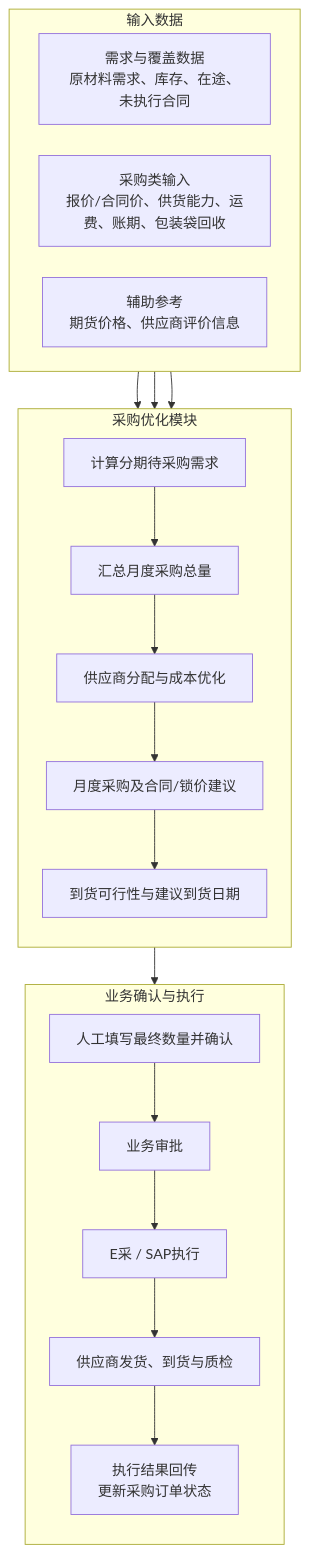
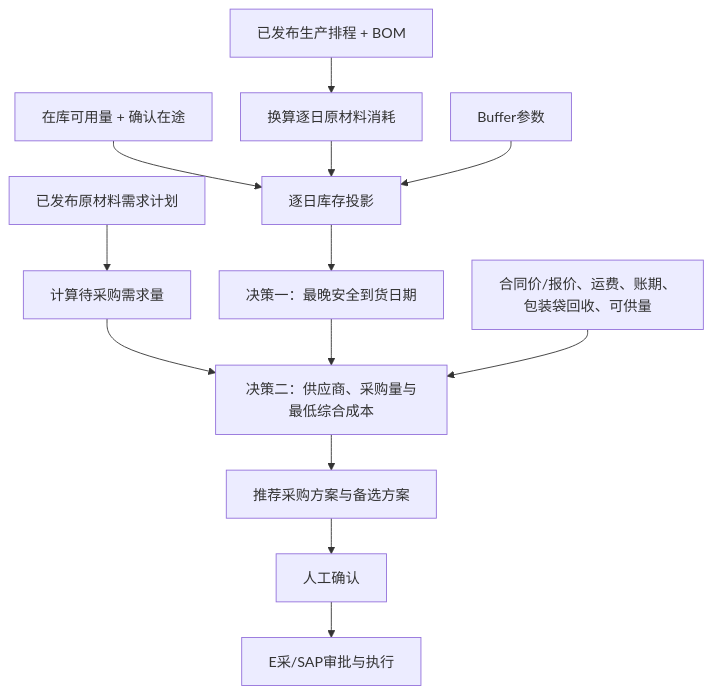
The diagram in 2-业务蓝图-draft/采购优化模块/采购优化模块技术方案.md (DDD71/scos_proj), drawn with Mermaid before and after one commit. The commit also changed other lines of this file and 8 other files, not shown here.

````diff
--- a/2-业务蓝图-draft/采购优化模块/采购优化模块技术方案.md
+++ b/2-业务蓝图-draft/采购优化模块/采购优化模块技术方案.md
@@ -86,32 +71,16 @@
 ```mermaid
-%%{init: {"flowchart": {"curve": "basis", "nodeSpacing": 35, "rankSpacing": 42}}}%%
+%%{init: {"flowchart": {"curve": "basis", "nodeSpacing": 32, "rankSpacing": 40}}}%%
 flowchart TB
-    subgraph INPUT["输入数据"]
-        direction LR
-        A["需求与覆盖数据<br/>原材料需求、库存、在途、未执行合同"]
-        B["采购类输入<br/>报价/合同价、供货能力、运费、账期、包装袋回收"]
-        C["辅助参考<br/>期货价格、供应商评价信息"]
-    end
-
-    subgraph PURCHASE["采购优化模块"]
-        direction TB
-        D["计算分期待采购需求"] --> E["汇总月度采购总量"]
-        E --> F["供应商分配与成本优化"]
-        F --> G["月度采购及合同/锁价建议"]
-        G --> H["到货可行性与建议到货日期"]
-    end
-
-    A --> D
-    B --> F
-    C --> F
-
-    subgraph EXECUTION["业务确认与执行"]
-        direction TB
-        I["人工填写最终数量并确认"] --> J["业务审批"]
-        J --> K["E采 / SAP执行"]
-        K --> L["供应商发货、到货与质检"]
-        L --> M["执行结果回传<br/>更新采购订单状态"]
-    end
-
+    A["已发布原材料需求计划"] --> B["计算待采购需求量"]
+    C["已发布生产排程 + BOM"] --> D["换算逐日原材料消耗"]
+    E["在库可用量 + 确认在途"] --> F["逐日库存投影"]
+    D --> F
+    G["Buffer参数"] --> F
+    F --> H["决策一：最晚安全到货日期"]
+    B --> I["决策二：供应商、采购量与最低综合成本"]
     H --> I
+    J["合同价/报价、运费、账期、包装袋回收、可供量"] --> I
+    I --> K["推荐采购方案与备选方案"]
+    K --> L["人工确认"]
+    L --> M["E采/SAP审批与执行"]
 ```
````
